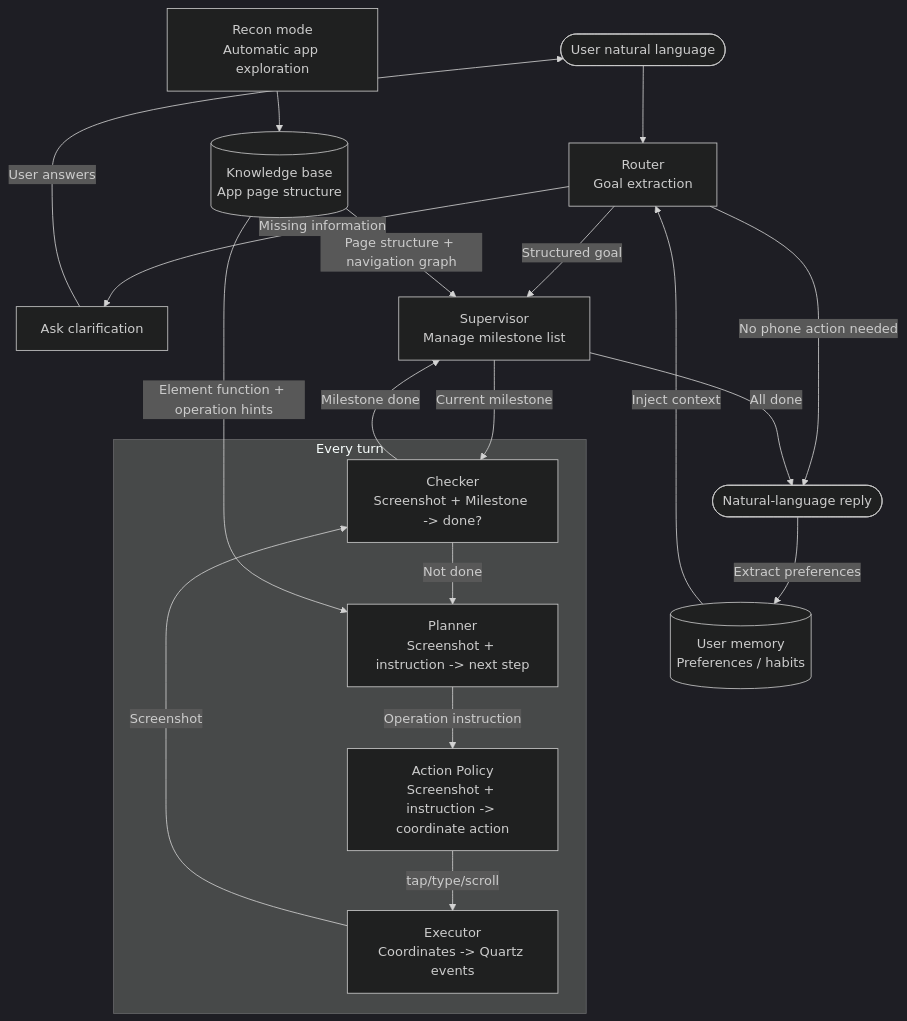
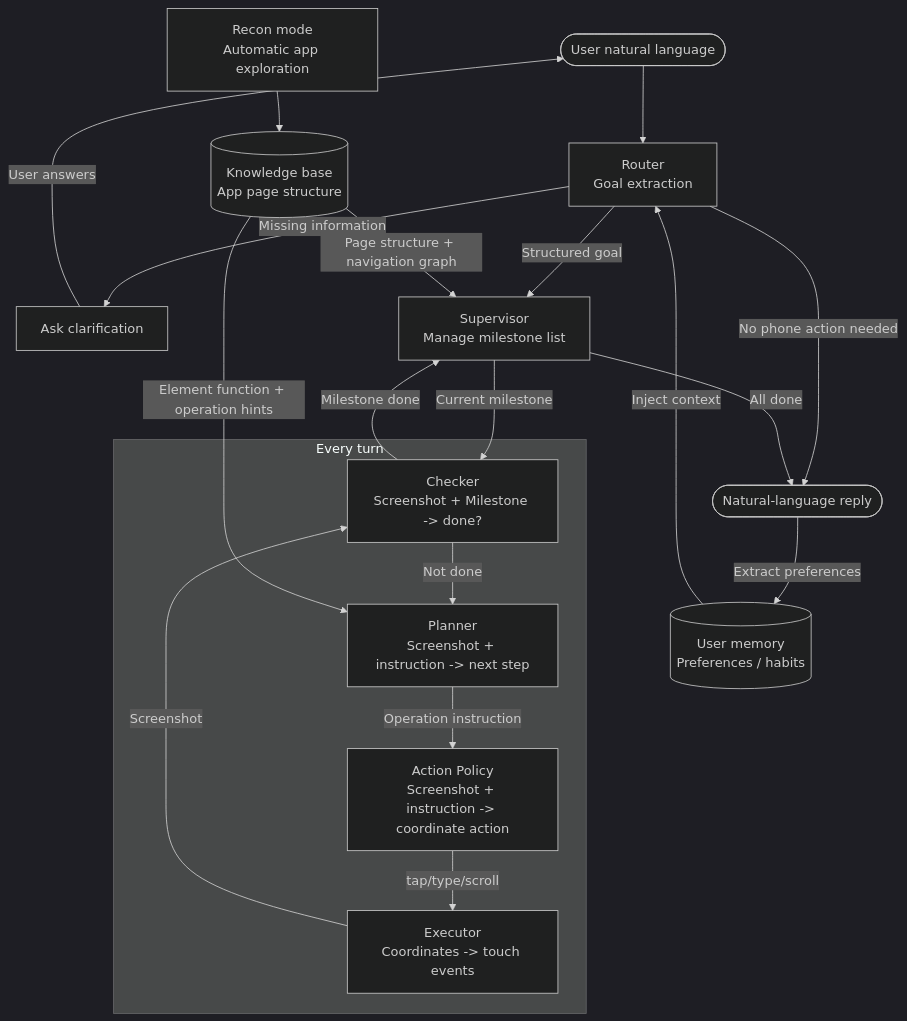
One commit to hyechow/GUIWeave changed the diagram in README.md. Above: the diagram before and after it, drawn with Mermaid (dark theme). The commit also changed other lines of this file and 1 other file, not shown here.

````diff
--- a/README.md
+++ b/README.md
@@ -41,32 +41,32 @@
 ```mermaid
 flowchart TD
     User([User natural language]) --> Router[Router\nGoal extraction]
     Router -- No phone action needed --> Output([Natural-language reply])
     Router -- Missing information --> Clarify[Ask clarification]
     Clarify -- User answers --> User
     Router -- Structured goal --> Supervisor[Supervisor\nManage milestone list]
 
     subgraph turn[" Every turn "]
         Checker["Checker\nScreenshot + Milestone -> done?"]
         Planner["Planner\nScreenshot + instruction -> next step"]
         AP["Action Policy\nScreenshot + instruction -> coordinate action"]
-        Executor["Executor\nCoordinates -> Quartz events"]
+        Executor["Executor\nCoordinates -> touch events"]
         Checker -- Not done --> Planner
         Planner -- Operation instruction --> AP
         AP -- tap/type/scroll --> Executor
         Executor -- Screenshot --> Checker
     end
 
     Supervisor -- Current milestone --> Checker
     Checker -- Milestone done --> Supervisor
     Supervisor -- All done --> Output
 
     Knowledge[(Knowledge base\nApp page structure)]
     Recon[Recon mode\nAutomatic app exploration] --> Knowledge
     Knowledge -- Page structure + navigation graph --> Supervisor
     Knowledge -- Element function + operation hints --> Planner
 
     Memory[(User memory\nPreferences / habits)]
     Output -- Extract preferences --> Memory
     Memory -- Inject context --> Router
 ```
````
